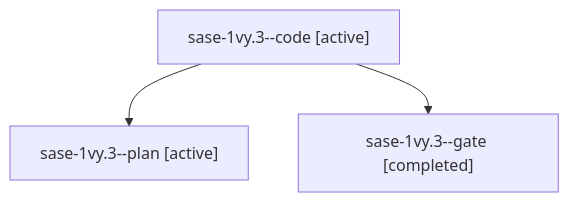
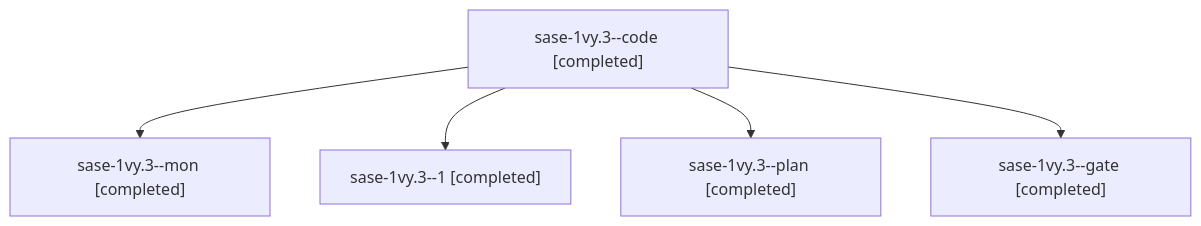
One commit to sase-org/sase--agents changed the diagram in sessions/bbugyi200.athena.sase-1vy.3.md. Above: the diagram before and after it, drawn with Mermaid. The commit also changed other lines of this file and 42 other files, not shown here.

````diff
--- a/sessions/bbugyi200.athena.sase-1vy.3.md
+++ b/sessions/bbugyi200.athena.sase-1vy.3.md
@@ -9,8 +9,12 @@
 ```mermaid
 flowchart TD
-  n0["sase-1vy.3--code [active]"]
-  n1["sase-1vy.3--plan [active]"]
+  n0["sase-1vy.3--code [completed]"]
+  n1["sase-1vy.3--mon [completed]"]
   n0 --> n1
-  n2["sase-1vy.3--gate [completed]"]
+  n2["sase-1vy.3--1 [completed]"]
   n0 --> n2
+  n3["sase-1vy.3--plan [completed]"]
+  n0 --> n3
+  n4["sase-1vy.3--gate [completed]"]
+  n0 --> n4
 ```
````
